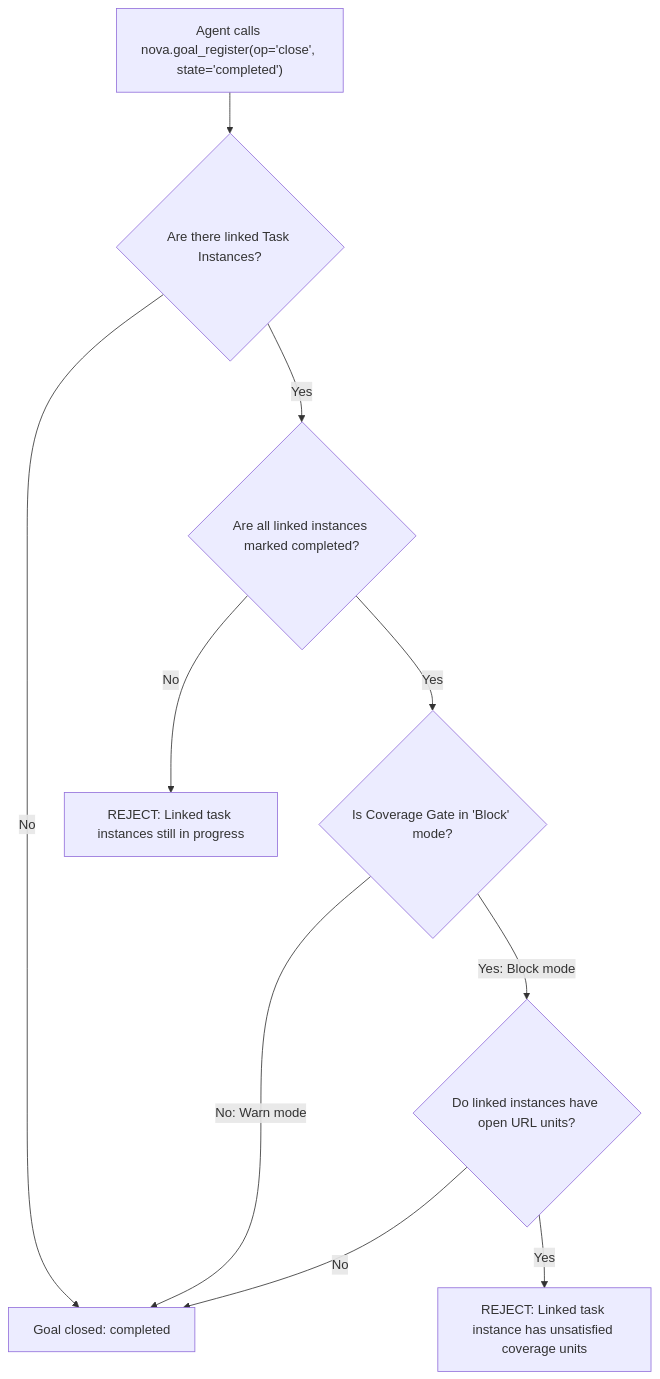
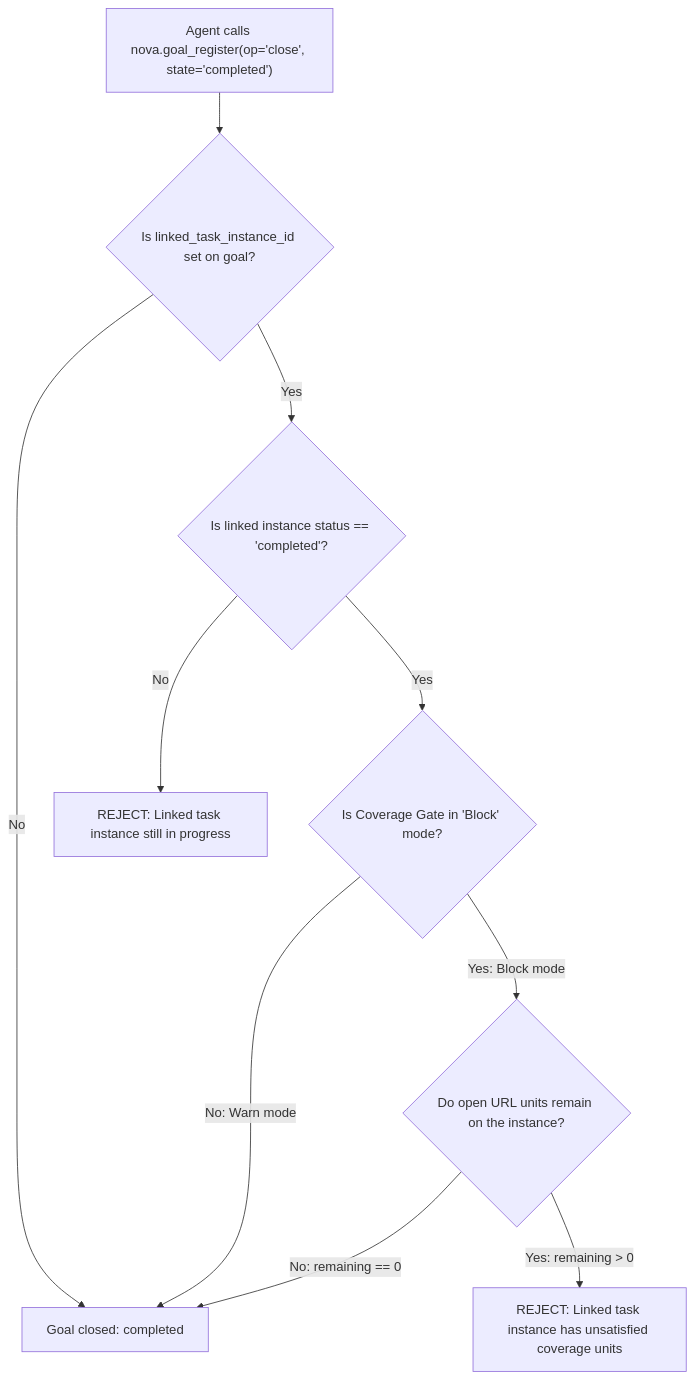
One commit to joelaniol/nova changed the third of 3 diagrams in docs/core-features/learning/task-url-coverage-tuc/reconciliation-and-completion-gates.md. Above: the diagram before and after it, drawn with Mermaid. The commit also changed other lines of this file and 9 other files, not shown here.

Commit message:
docs: fix LCJ formulas and LCJ/TOB diagrams

````diff
--- a/docs/core-features/learning/task-url-coverage-tuc/reconciliation-and-completion-gates.md
+++ b/docs/core-features/learning/task-url-coverage-tuc/reconciliation-and-completion-gates.md
@@ -205,21 +292,21 @@
 ```mermaid
 flowchart TD
     GoalClose["Agent calls nova.goal_register(op='close', state='completed')"]
-    LinkedTasks{"Are there linked Task Instances?"}
-    InstancesCompleted{"Are all linked instances marked completed?"}
+    HasLinkedInstance{"Is linked_task_instance_id set on goal?"}
+    InstanceCompleted{"Is linked instance status == 'completed'?"}
     GateModeBlock{"Is Coverage Gate in 'Block' mode?"}
-    UnitsRemaining{"Do linked instances have open URL units?"}
+    RemainingUnits{"Do open URL units remain on the instance?"}
 
-    GoalClose --> LinkedTasks
-    LinkedTasks -->|No| CloseSuccess["Goal closed: completed"]
-    LinkedTasks -->|Yes| InstancesCompleted
+    GoalClose --> HasLinkedInstance
+    HasLinkedInstance -->|No| CloseSuccess["Goal closed: completed"]
+    HasLinkedInstance -->|Yes| InstanceCompleted
 
-    InstancesCompleted -->|No| FailOpen["REJECT: Linked task instances still in progress"]
-    InstancesCompleted -->|Yes| GateModeBlock
+    InstanceCompleted -->|No| RejectInstance["REJECT: Linked task instance still in progress"]
+    InstanceCompleted -->|Yes| GateModeBlock
 
     GateModeBlock -->|No: Warn mode| CloseSuccess
-    GateModeBlock -->|Yes: Block mode| UnitsRemaining
+    GateModeBlock -->|Yes: Block mode| RemainingUnits
 
-    UnitsRemaining -->|Yes| FailCoverage["REJECT: Linked task instance has unsatisfied coverage units"]
-    UnitsRemaining -->|No| CloseSuccess
+    RemainingUnits -->|Yes: remaining > 0| RejectCoverage["REJECT: Linked task instance has unsatisfied coverage units"]
+    RemainingUnits -->|No: remaining == 0| CloseSuccess
 ```
````
